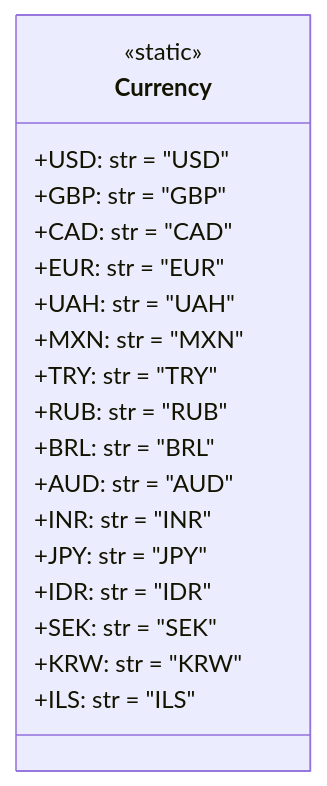
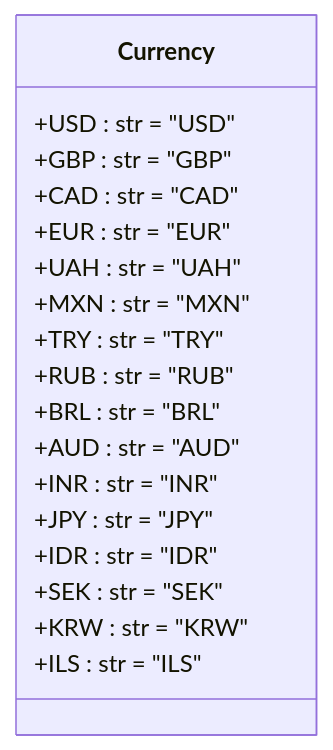
The diagram in docs/gemini/ru/explainer/src/suppliers/aliexpress/api/models/currencies.py.md (hypo69/hypo), drawn with Mermaid before and after one commit. The commit also changed other lines of this file and 1505 other files, not shown here.

````diff
--- a/docs/gemini/ru/explainer/src/suppliers/aliexpress/api/models/currencies.py.md
+++ b/docs/gemini/ru/explainer/src/suppliers/aliexpress/api/models/currencies.py.md
@@ -15,22 +23,21 @@
 ```mermaid
 classDiagram
     class Currency {
-        <<static>>
-        +USD: str = "USD"
-        +GBP: str = "GBP"
-        +CAD: str = "CAD"
-        +EUR: str = "EUR"
-        +UAH: str = "UAH"
-        +MXN: str = "MXN"
-        +TRY: str = "TRY"
-        +RUB: str = "RUB"
-        +BRL: str = "BRL"
-        +AUD: str = "AUD"
-        +INR: str = "INR"
-        +JPY: str = "JPY"
-        +IDR: str = "IDR"
-        +SEK: str = "SEK"
-        +KRW: str = "KRW"
-        +ILS: str = "ILS"
+        +USD : str = "USD"
+        +GBP : str = "GBP"
+        +CAD : str = "CAD"
+        +EUR : str = "EUR"
+        +UAH : str = "UAH"
+        +MXN : str = "MXN"
+        +TRY : str = "TRY"
+        +RUB : str = "RUB"
+        +BRL : str = "BRL"
+        +AUD : str = "AUD"
+        +INR : str = "INR"
+        +JPY : str = "JPY"
+        +IDR : str = "IDR"
+        +SEK : str = "SEK"
+        +KRW : str = "KRW"
+        +ILS : str = "ILS"
     }
 ```
````
